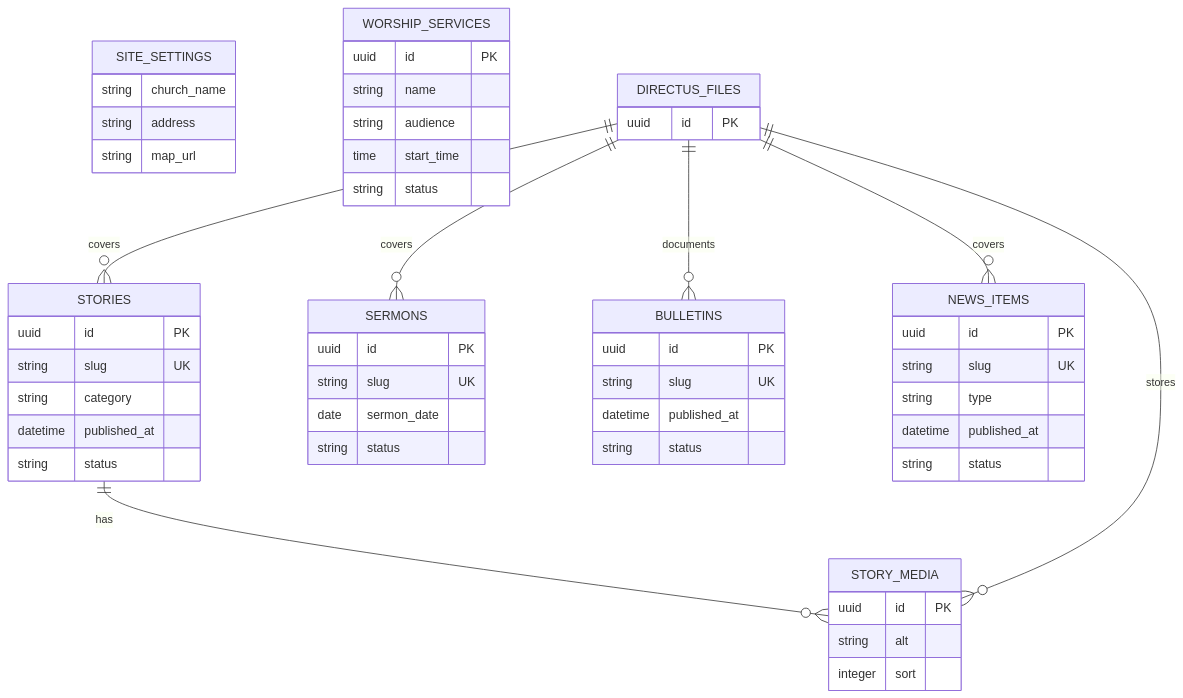
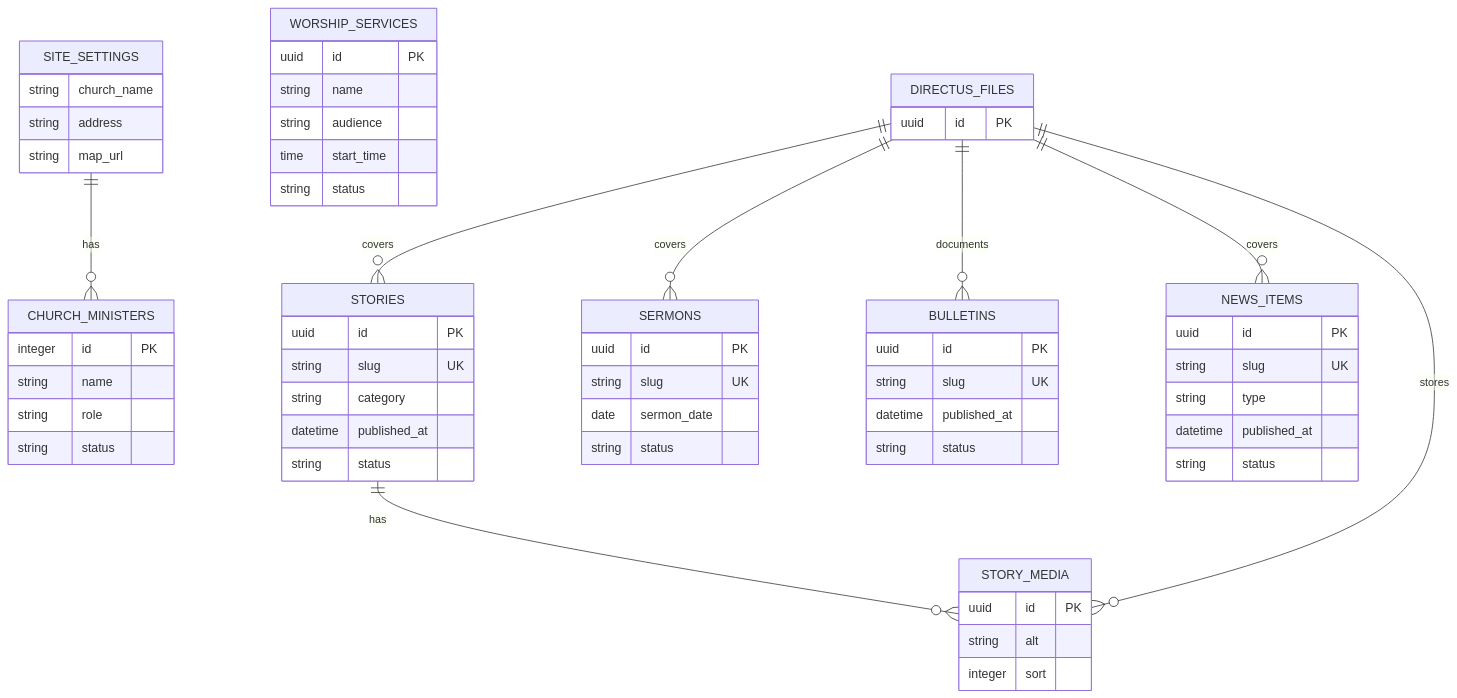
One commit to haZuny/global-church-page changed the diagram in README.md. Above: the diagram before and after it, drawn with Mermaid. The commit also changed 15 other files, not shown here.

````diff
--- a/README.md
+++ b/README.md
@@ -55,56 +55,63 @@
 ```mermaid
 erDiagram
   SITE_SETTINGS {
     string church_name
     string address
     string map_url
+  }
+  CHURCH_MINISTERS {
+    integer id PK
+    string name
+    string role
+    string status
   }
   WORSHIP_SERVICES {
     uuid id PK
     string name
     string audience
     time start_time
     string status
   }
   STORIES {
     uuid id PK
     string slug UK
     string category
     datetime published_at
     string status
   }
   STORY_MEDIA {
     uuid id PK
     string alt
     integer sort
   }
   SERMONS {
     uuid id PK
     string slug UK
     date sermon_date
     string status
   }
   BULLETINS {
     uuid id PK
     string slug UK
     datetime published_at
     string status
   }
   NEWS_ITEMS {
     uuid id PK
     string slug UK
     string type
     datetime published_at
     string status
   }
   DIRECTUS_FILES {
     uuid id PK
   }
 
   STORIES ||--o{ STORY_MEDIA : has
+  SITE_SETTINGS ||--o{ CHURCH_MINISTERS : has
   DIRECTUS_FILES ||--o{ STORY_MEDIA : stores
   DIRECTUS_FILES ||--o{ STORIES : covers
   DIRECTUS_FILES ||--o{ SERMONS : covers
   DIRECTUS_FILES ||--o{ BULLETINS : documents
   DIRECTUS_FILES ||--o{ NEWS_ITEMS : covers
 ```
````
